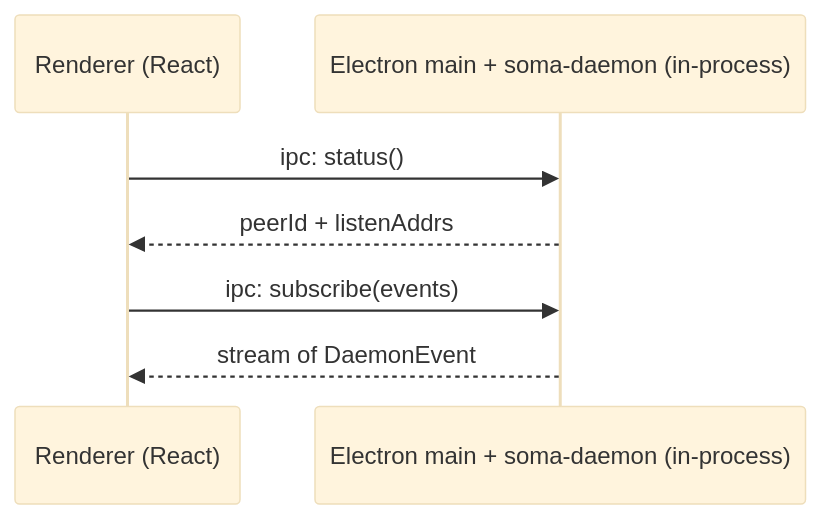
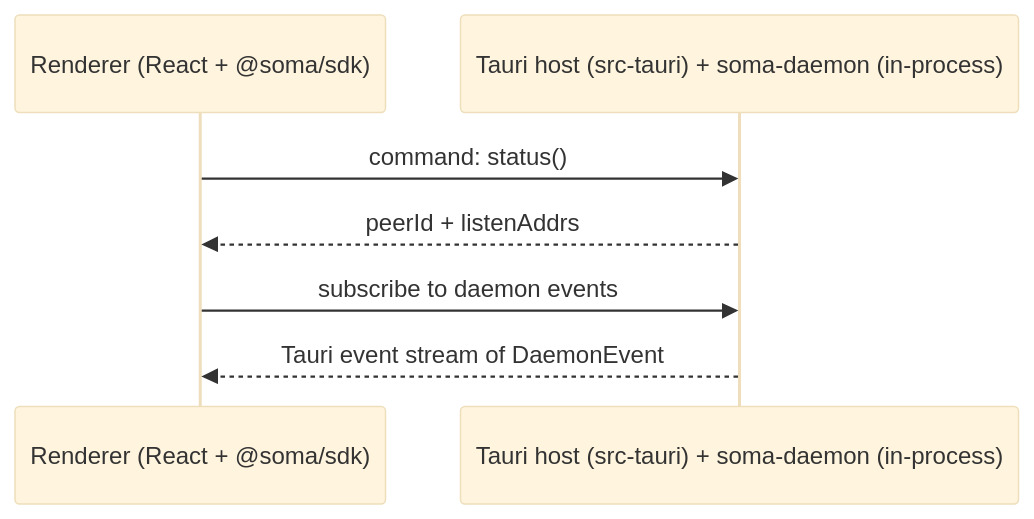
Before and after one commit to stephane-segning/soma: the first of 4 diagrams in docs/src/architecture/e2e-flows.md, drawn with Mermaid (base theme). The commit also changed other lines of this file and 27 other files, not shown here.

````diff
--- a/docs/src/architecture/e2e-flows.md
+++ b/docs/src/architecture/e2e-flows.md
@@ -20,10 +21,10 @@
 ```mermaid
 sequenceDiagram
-  participant R as Renderer (React)
-  participant M as Electron main + soma-daemon (in-process)
+  participant R as Renderer (React + @soma/sdk)
+  participant M as Tauri host (src-tauri) + soma-daemon (in-process)
 
-  R->>M: ipc: status()
+  R->>M: command: status()
   M-->>R: peerId + listenAddrs
-  R->>M: ipc: subscribe(events)
-  M-->>R: stream of DaemonEvent
+  R->>M: subscribe to daemon events
+  M-->>R: Tauri event stream of DaemonEvent
 ```
````
